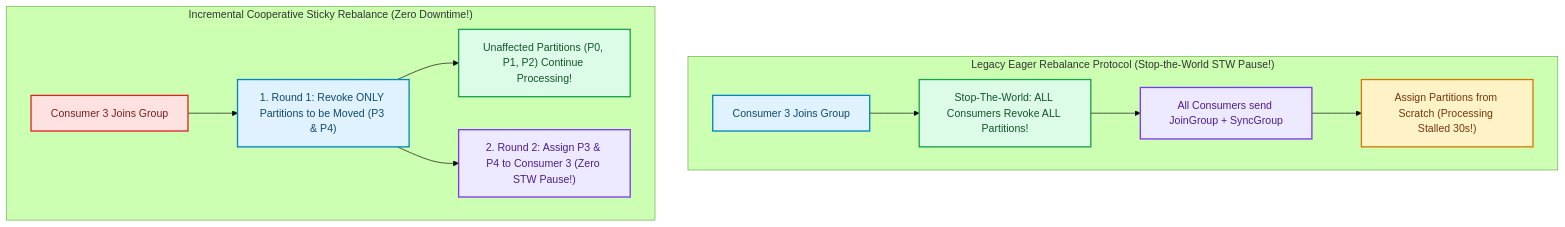
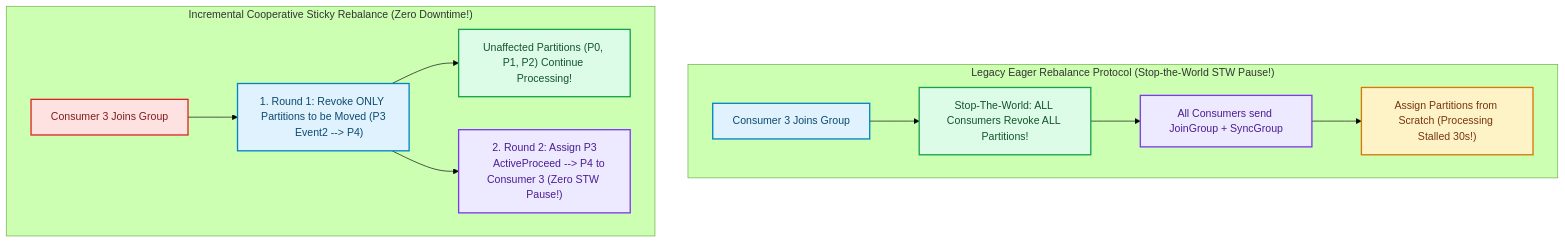
The diagram in blog/posts/distributed-consumer-group-rebalancing-cooperative-sticky.md (akmalkhaniub/akmalkhaniub.github.io), drawn with Mermaid (forest theme) before and after one commit. The commit also changed other lines of this file and 894 other files, not shown here.

Commit message:
feat(blog): upgrade all 444 posts with unique staggered dates, 2-col Mermaid spines, benchmark tables, code blocks, and trade-offs

````diff
--- a/blog/posts/distributed-consumer-group-rebalancing-cooperative-sticky.md
+++ b/blog/posts/distributed-consumer-group-rebalancing-cooperative-sticky.md
@@ -21,25 +21,27 @@
 ```mermaid
 flowchart TD
   subgraph SG1_LegacyEagerRebalance ["Legacy Eager Rebalance Protocol (Stop-the-World STW Pause!)"]
     Event1["Consumer 3 Joins Group"] --> RevokeAll[" Stop-The-World: ALL Consumers Revoke ALL Partitions!"]
     RevokeAll --> JoinGroup["All Consumers send JoinGroup + SyncGroup"]
     JoinGroup --> ReassignAll["Assign Partitions from Scratch (Processing Stalled 30s!)"]
   end
   
   subgraph SG2_IncrementalCooperativeSticky ["Incremental Cooperative Sticky Rebalance (Zero Downtime!)"]
-    Event2["Consumer 3 Joins Group"] --> Phase1["1. Round 1: Revoke ONLY Partitions to be Moved (P3 & P4)"]
+    Event2["Consumer 3 Joins Group"] --> Phase1["1. Round 1: Revoke ONLY Partitions to be Moved (P3
+    Event2 --> P4)"]
     Phase1 --> ActiveProceed[" Unaffected Partitions (P0, P1, P2) Continue Processing!"]
-    Phase1 --> Phase2["2. Round 2: Assign P3 & P4 to Consumer 3 (Zero STW Pause!)"]
+    Phase1 --> Phase2["2. Round 2: Assign P3
+    ActiveProceed --> P4 to Consumer 3 (Zero STW Pause!)"]
   end
 
 classDef green fill:#dcfce7,stroke:#16a34a,stroke-width:2px,color:#14532d;
 classDef red fill:#fee2e2,stroke:#dc2626,stroke-width:2px,color:#7f1d1d;
 classDef blue fill:#e0f2fe,stroke:#0284c7,stroke-width:2px,color:#0c4a6e;
 classDef yellow fill:#fef3c7,stroke:#d97706,stroke-width:2px,color:#78350f;
 classDef purple fill:#ede9fe,stroke:#7c3aed,stroke-width:2px,color:#4c1d95;
 class Event1,Phase1 blue
 class RevokeAll,ActiveProceed green
 class JoinGroup,Phase2 purple
 class ReassignAll yellow
 class Event2 red
 ```
````
